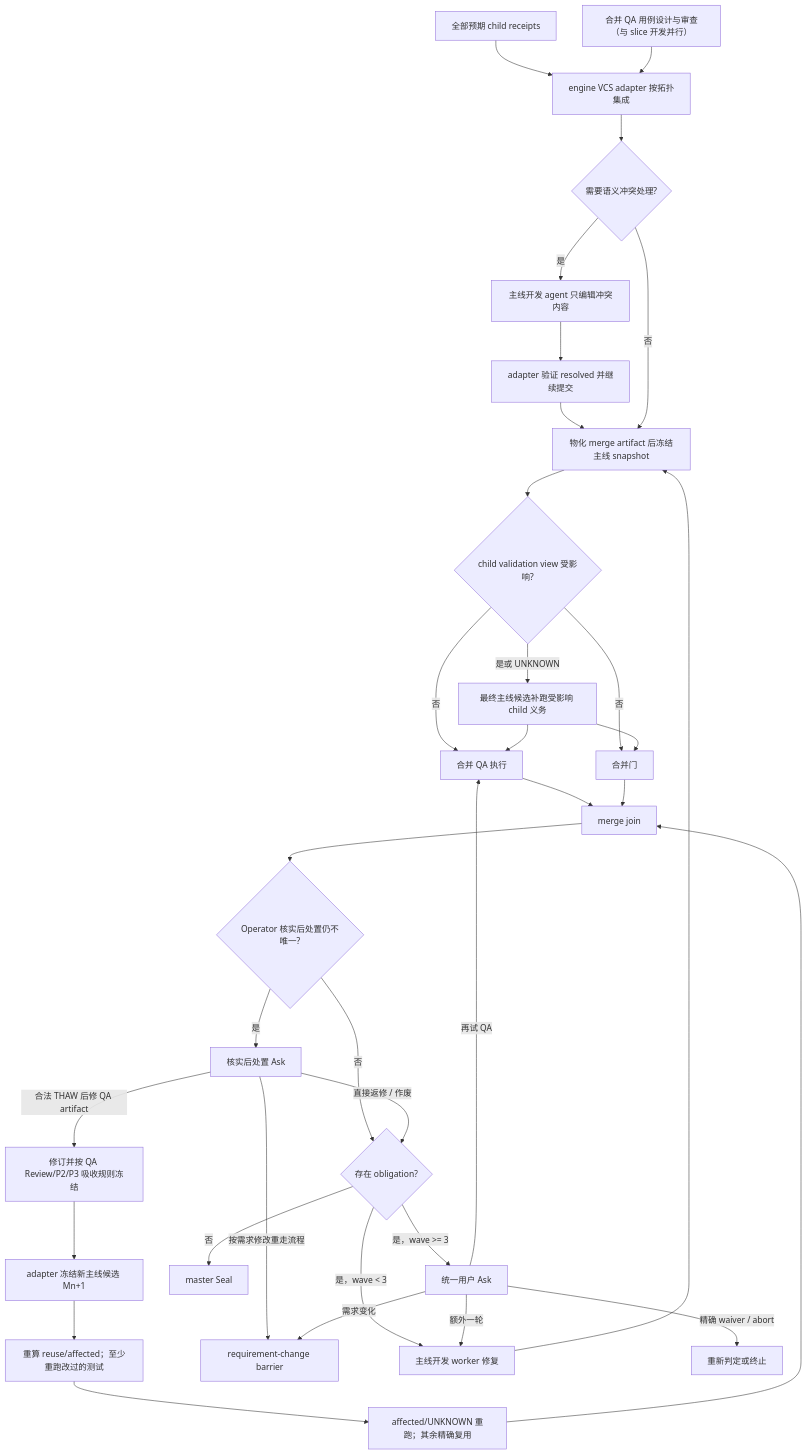
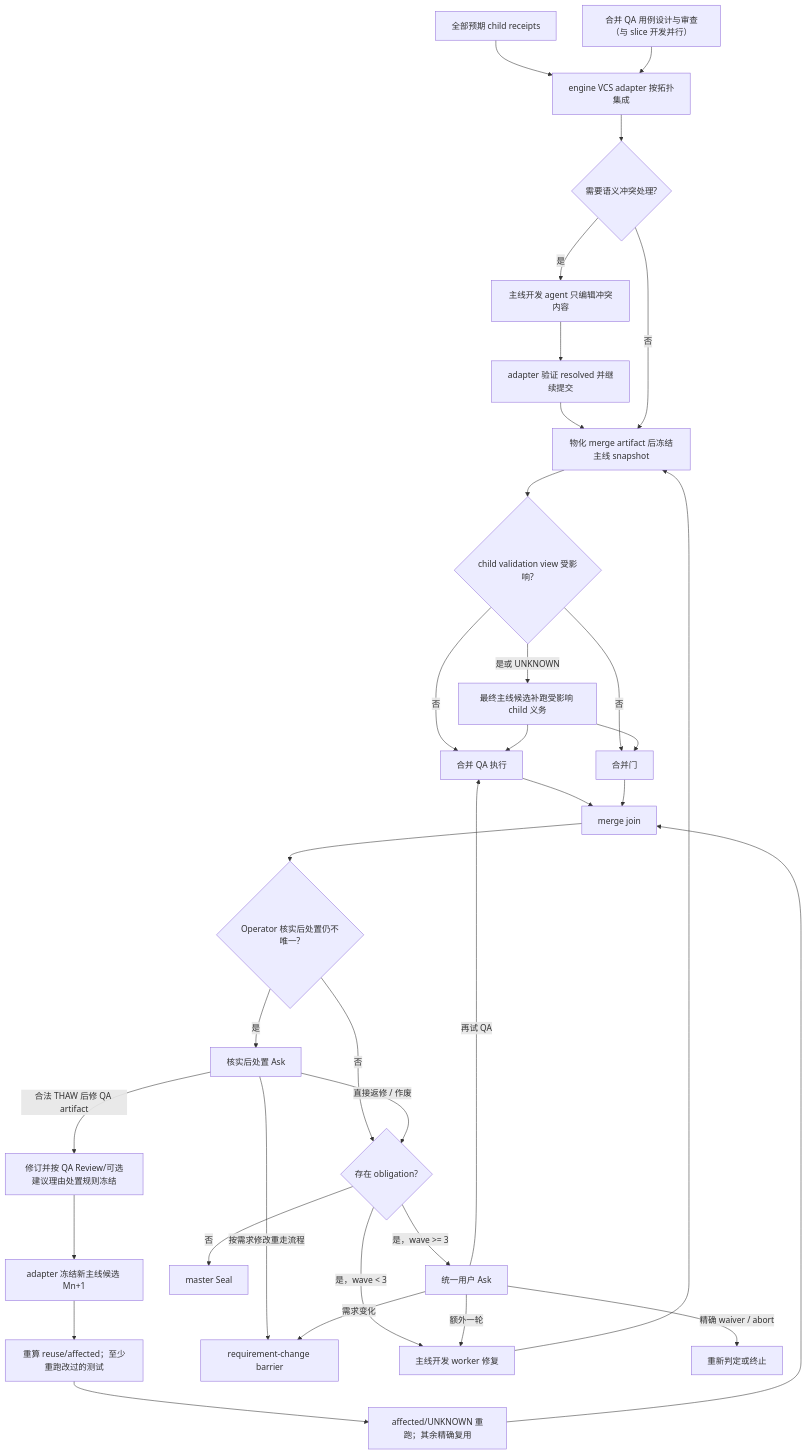
Before and after one commit to DiracSea12/formal-gates: the diagram in refactor-plan/final-implementation-draft.md, drawn with Mermaid. The commit also changed other lines of this file and 17 other files, not shown here.

````diff
--- a/refactor-plan/final-implementation-draft.md
+++ b/refactor-plan/final-implementation-draft.md
@@ -457,36 +520,36 @@
 ```mermaid
 flowchart TD
     C["全部预期 child receipts"] --> I["engine VCS adapter 按拓扑集成"]
     MQD["合并 QA 用例设计与审查（与 slice 开发并行）"] --> I
     I --> IC{"需要语义冲突处理?"}
     IC -- "是" --> CR["主线开发 agent 只编辑冲突内容"]
     CR --> CV["adapter 验证 resolved 并继续提交"]
     CV --> MS
     IC -- "否" --> MS["物化 merge artifact 后冻结主线 snapshot"]
     MS --> AC{"child validation view 受影响?"}
     AC -- "否" --> MQE["合并 QA 执行"]
     AC -- "否" --> MG["合并门"]
     AC -- "是或 UNKNOWN" --> CRV["最终主线候选补跑受影响 child 义务"]
     CRV --> MQE
     CRV --> MG
     MQE --> MJ["merge join"]
     MG --> MJ
     MJ --> MUD{"Operator 核实后处置仍不唯一?"}
     MUD -- "否" --> MO{"存在 obligation?"}
     MUD -- "是" --> MVA["核实后处置 Ask"]
     MVA -- "直接返修 / 作废" --> MO
-    MVA -- "合法 THAW 后修 QA artifact" --> MQR["修订并按 QA Review/P2/P3 吸收规则冻结"]
+    MVA -- "合法 THAW 后修 QA artifact" --> MQR["修订并按 QA Review/可选建议理由处置规则冻结"]
     MQR --> MFC["adapter 冻结新主线候选 Mn+1"]
     MFC --> MRS["重算 reuse/affected；至少重跑改过的测试"]
     MRS --> MRJ["affected/UNKNOWN 重跑；其余精确复用"]
     MRJ --> MJ
     MVA -- "按需求修改重走流程" --> MRC["requirement-change barrier"]
     MO -- "否" --> FS["master Seal"]
     MO -- "是，wave < 3" --> MR["主线开发 worker 修复"]
     MR --> MS
     MO -- "是，wave >= 3" --> MA["统一用户 Ask"]
     MA -- "额外一轮" --> MR
     MA -- "再试 QA" --> MQE
     MA -- "需求变化" --> MRC
     MA -- "精确 waiver / abort" --> ME["重新判定或终止"]
 ```
````
